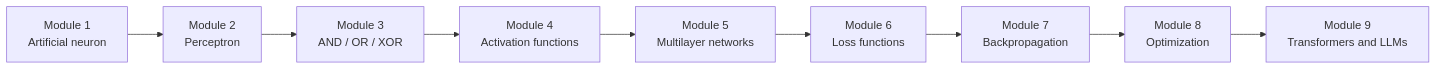
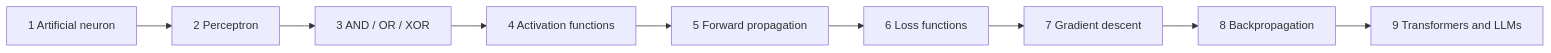
One commit to Marinnex-Lab/neuron-to-neural-networks changed the diagram in README.md. Above: the diagram before and after it, drawn with Mermaid. The commit also changed other lines of this file and 9 other files, not shown here.

Commit message:
Add documentation, reports and update README and roadmap

````diff
--- a/README.md
+++ b/README.md
@@ -105,11 +118,11 @@
 ```mermaid
 flowchart LR
-    A[Module 1<br/>Artificial neuron] --> B[Module 2<br/>Perceptron]
-    B --> C[Module 3<br/>AND / OR / XOR]
-    C --> D[Module 4<br/>Activation functions]
-    D --> E[Module 5<br/>Multilayer networks]
-    E --> F[Module 6<br/>Loss functions]
-    F --> G[Module 7<br/>Backpropagation]
-    G --> H[Module 8<br/>Optimization]
-    H --> I[Module 9<br/>Transformers and LLMs]
+    A[1 Artificial neuron] --> B[2 Perceptron]
+    B --> C[3 AND / OR / XOR]
+    C --> D[4 Activation functions]
+    D --> E[5 Forward propagation]
+    E --> F[6 Loss functions]
+    F --> G[7 Gradient descent]
+    G --> H[8 Backpropagation]
+    H --> I[9 Transformers and LLMs]
 ```
````
